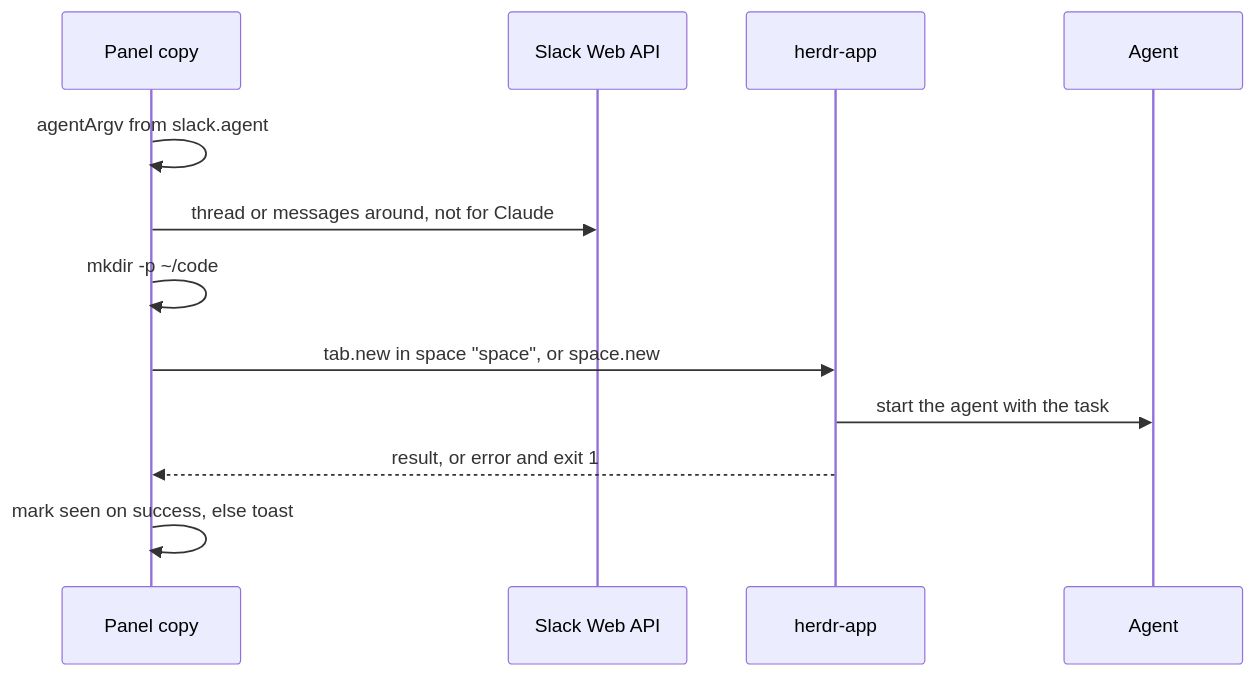
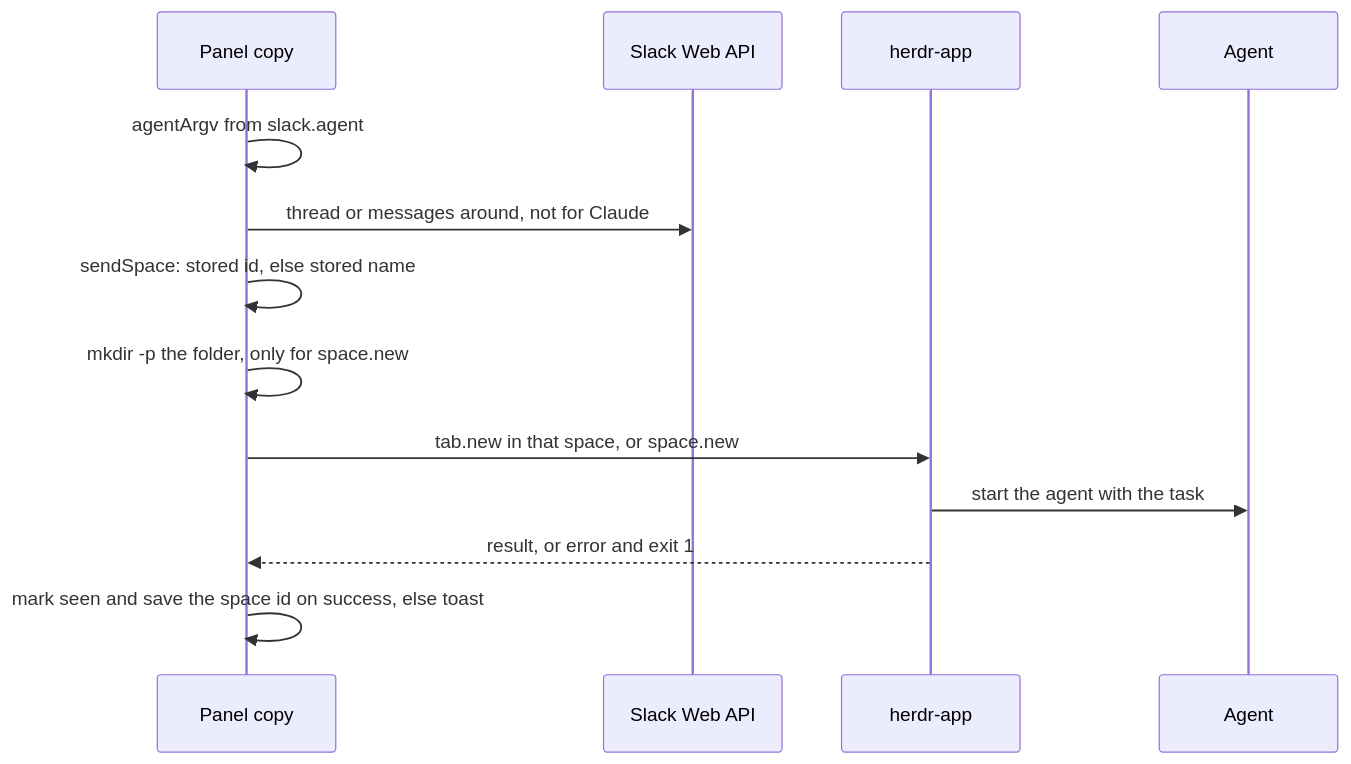
One commit to Captain-Sangam/herdr-slack changed the fourth of 5 diagrams in docs/architecture.md. Above: the diagram before and after it, drawn with Mermaid. The commit also changed other lines of this file and 14 other files, not shown here.

First line of the commit message:
feat(slack): a Send to space setting that survives a rename

````diff
--- a/docs/architecture.md
+++ b/docs/architecture.md
@@ -218,14 +218,15 @@
 ```mermaid
 sequenceDiagram
   participant P as Panel copy
   participant S as Slack Web API
   participant H as herdr-app
   participant A as Agent
   P->>P: agentArgv from slack.agent
   P->>S: thread or messages around, not for Claude
-  P->>P: mkdir -p ~/code
-  P->>H: tab.new in space "space", or space.new
+  P->>P: sendSpace: stored id, else stored name
+  P->>P: mkdir -p the folder, only for space.new
+  P->>H: tab.new in that space, or space.new
   H->>A: start the agent with the task
   H-->>P: result, or error and exit 1
-  P->>P: mark seen on success, else toast
+  P->>P: mark seen and save the space id on success, else toast
 ```
````
